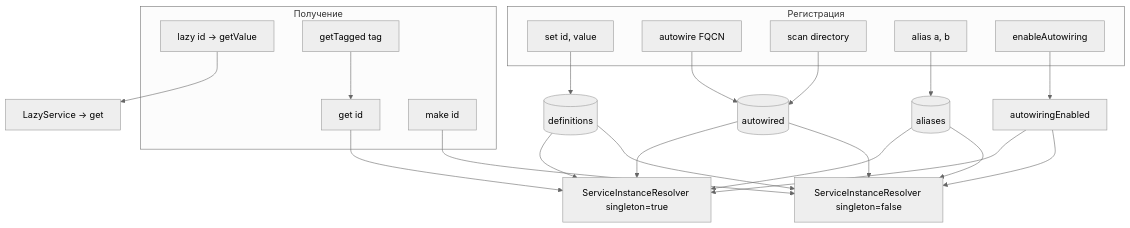
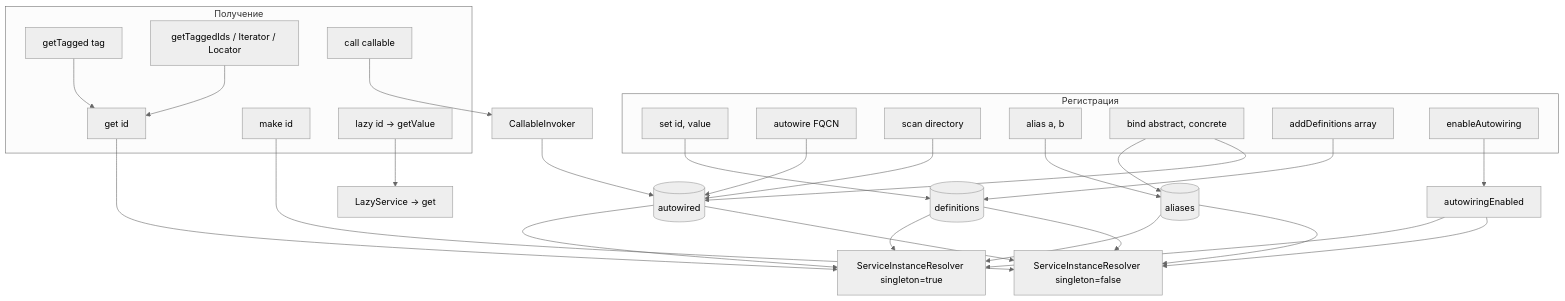
Diagram 14 of 17 in wiki/Architecture.md (cloudcastle-apps/di), drawn with Mermaid (neutral theme) before and after one commit. The commit also changed other lines of this file and 40 other files, not shown here.

First line of the commit message:
feat: реализовать v1.3.0 — call, bind, afterResolving, tagged API

````diff
--- a/wiki/Architecture.md
+++ b/wiki/Architecture.md
@@ -394,37 +405,47 @@
 ```mermaid
 flowchart TB
     subgraph register [Регистрация]
         S1[set id, value]
         S2[autowire FQCN]
         S3[scan directory]
         S4[alias a, b]
-        S5[enableAutowiring]
+        S5[bind abstract, concrete]
+        S6[addDefinitions array]
+        S7[enableAutowiring]
     end
 
     subgraph obtain [Получение]
         G1[get id]
         G2[make id]
         G3[lazy id → getValue]
         G4[getTagged tag]
+        G5[getTaggedIds / Iterator / Locator]
+        G6[call callable]
     end
 
     S1 --> definitions[(definitions)]
     S2 --> autowired[(autowired)]
     S3 --> autowired
     S4 --> aliases[(aliases)]
-    S5 --> flag[autowiringEnabled]
+    S5 --> aliases
+    S5 --> autowired
+    S6 --> definitions
+    S7 --> flag[autowiringEnabled]
 
     G1 --> resolve[ServiceInstanceResolver singleton=true]
     G2 --> resolve2[ServiceInstanceResolver singleton=false]
     G3 --> lazy[LazyService → get]
     G4 --> G1
+    G5 --> G1
+    G6 --> invoker[CallableInvoker]
 
     definitions --> resolve
     definitions --> resolve2
     autowired --> resolve
     autowired --> resolve2
     flag --> resolve
     flag --> resolve2
     aliases --> resolve
     aliases --> resolve2
+    invoker --> autowired
 ```
````
